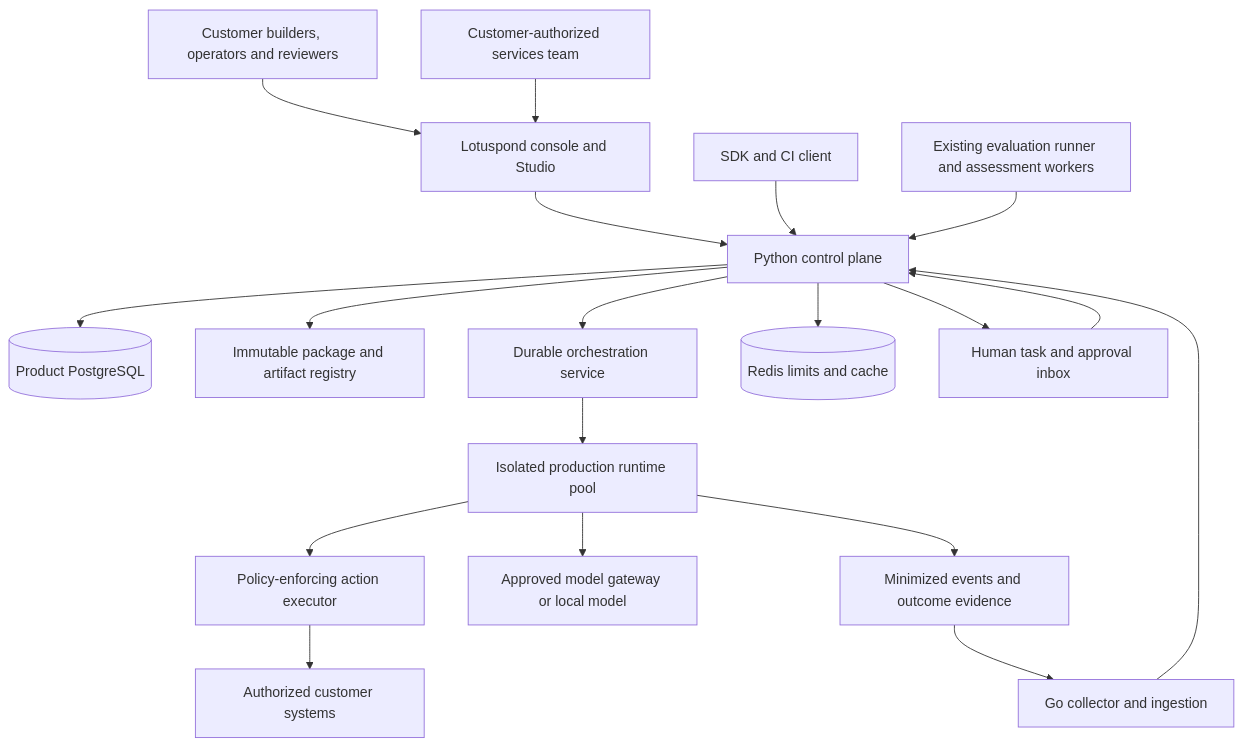
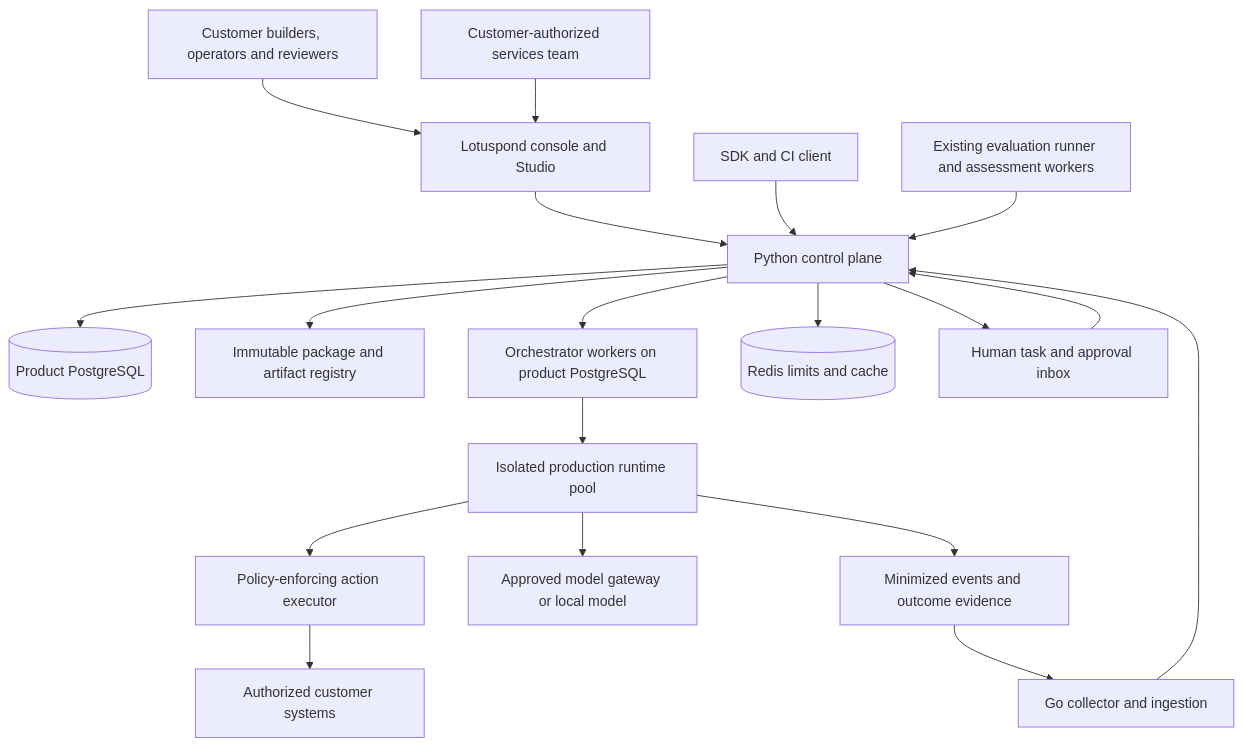
One commit to lotuspond-ai/lotuspond-works changed the diagram in docs/plans/2026-10-13-platform-architecture.md. Above: the diagram before and after it, drawn with Mermaid. The commit also changed other lines of this file and 8 other files, not shown here.

First line of the commit message:
docs: re-plan E04 Tasks 7-14 on the PostgreSQL state machine

````diff
--- a/docs/plans/2026-10-13-platform-architecture.md
+++ b/docs/plans/2026-10-13-platform-architecture.md
@@ -20,21 +20,21 @@
 ```mermaid
 flowchart TB
     User[Customer builders, operators and reviewers] --> UI[Lotuspond console and Studio]
     Partner[Customer-authorized services team] --> UI
     UI --> API[Python control plane]
     SDK[SDK and CI client] --> API
     API --> DB[(Product PostgreSQL)]
     API --> Registry[Immutable package and artifact registry]
-    API --> Engine[Durable orchestration service]
+    API --> Engine[Orchestrator workers on product PostgreSQL]
     API --> Limits[(Redis limits and cache)]
     Engine --> Runtime[Isolated production runtime pool]
     Runtime --> Actions[Policy-enforcing action executor]
     Runtime --> Models[Approved model gateway or local model]
     Actions --> Systems[Authorized customer systems]
     Runtime --> Evidence[Minimized events and outcome evidence]
     Evidence --> Collector[Go collector and ingestion]
     Collector --> API
     Eval[Existing evaluation runner and assessment workers] --> API
     API --> Human[Human task and approval inbox]
     Human --> API
 ```
````
